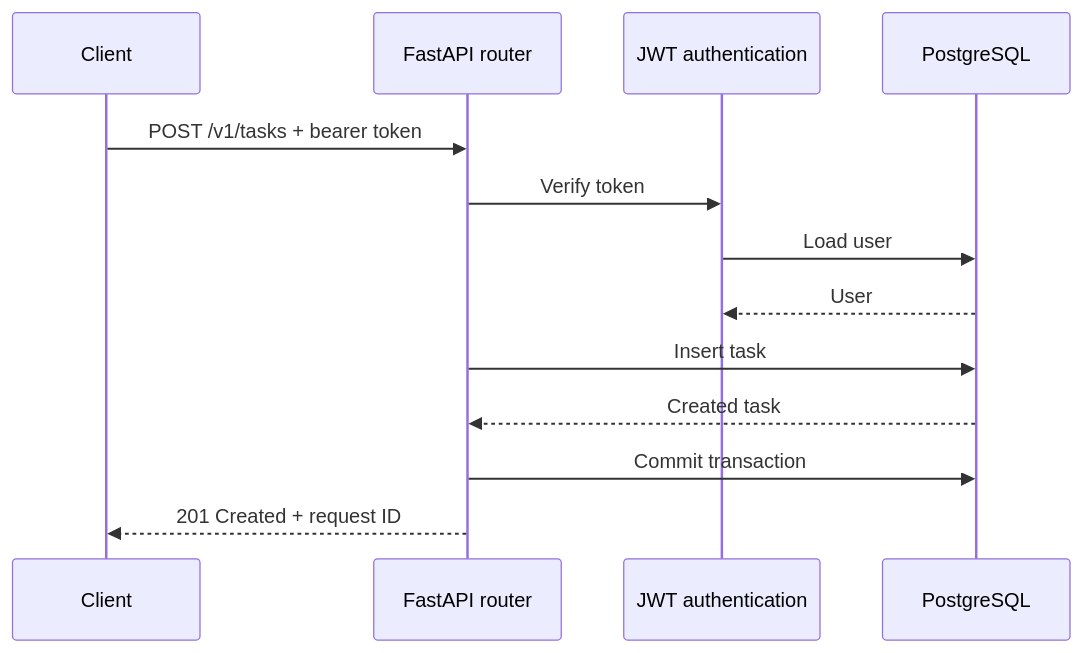
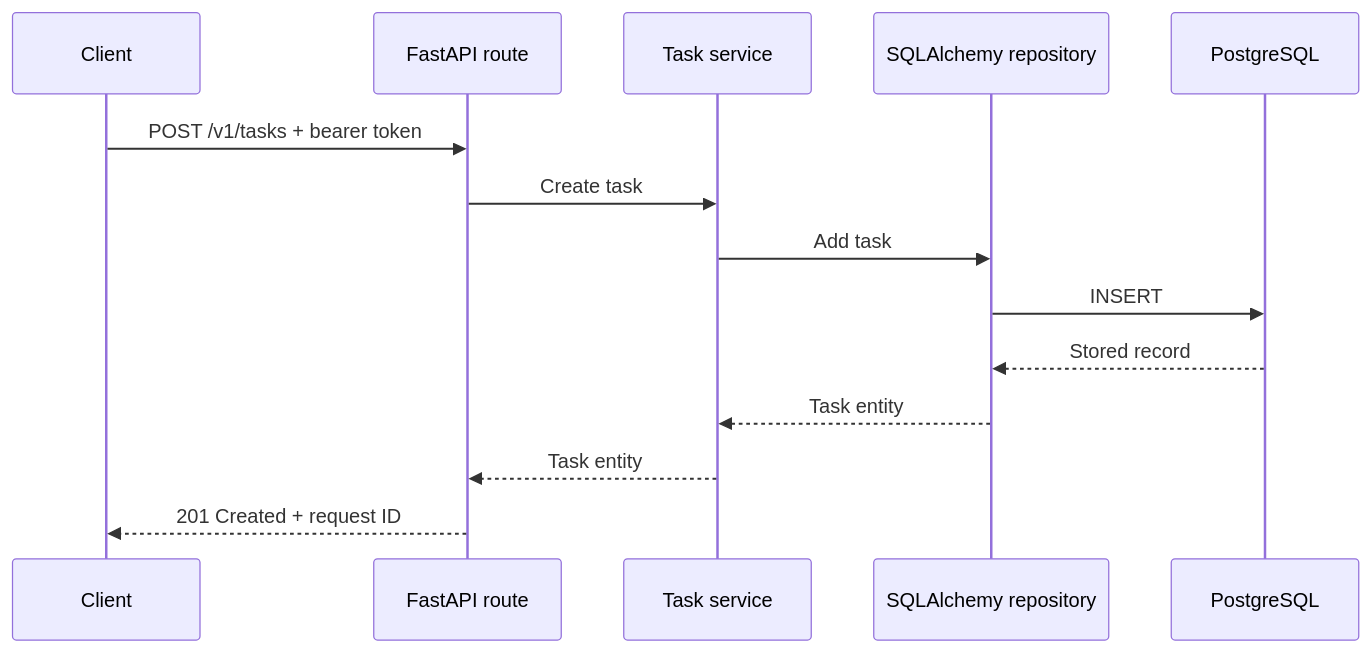
One commit to WeerayutBu/backend changed the second of 2 diagrams in 00P1-project-rest-api/README.md. Above: the diagram before and after it, drawn with Mermaid. The commit also changed other lines of this file and 44 other files, not shown here.

````diff
--- a/00P1-project-rest-api/README.md
+++ b/00P1-project-rest-api/README.md
@@ -23,16 +24,17 @@
 ```mermaid
 sequenceDiagram
     participant C as Client
-    participant A as FastAPI router
-    participant J as JWT authentication
+    participant A as FastAPI route
+    participant S as Task service
+    participant R as SQLAlchemy repository
     participant D as PostgreSQL
 
     C->>A: POST /v1/tasks + bearer token
-    A->>J: Verify token
-    J->>D: Load user
-    D-->>J: User
-    A->>D: Insert task
-    D-->>A: Created task
-    A->>D: Commit transaction
+    A->>S: Create task
+    S->>R: Add task
+    R->>D: INSERT
+    D-->>R: Stored record
+    R-->>S: Task entity
+    S-->>A: Task entity
     A-->>C: 201 Created + request ID
 ```
````
